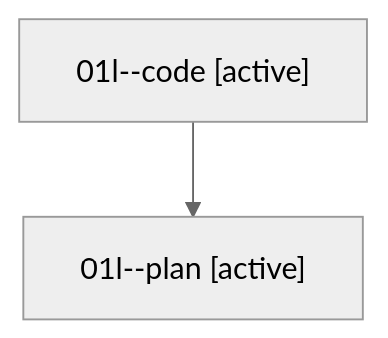
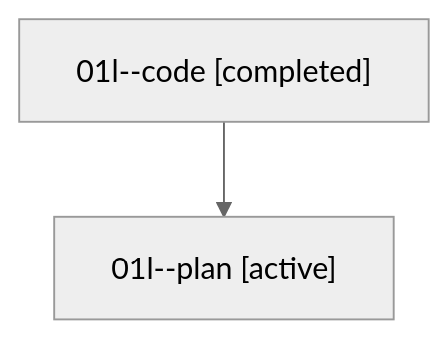
The diagram in families/bbugyi200.athena.01l.md (sase-org/sase--agents), drawn with Mermaid (neutral theme) before and after one commit. The commit also changed other lines of this file and 35830 other files, not shown here.

````diff
--- a/families/bbugyi200.athena.01l.md
+++ b/families/bbugyi200.athena.01l.md
@@ -9,6 +9,6 @@
 ```mermaid
 flowchart TD
-  n0["01l--code [active]"]
+  n0["01l--code [completed]"]
   n1["01l--plan [active]"]
   n0 --> n1
 ```
````
